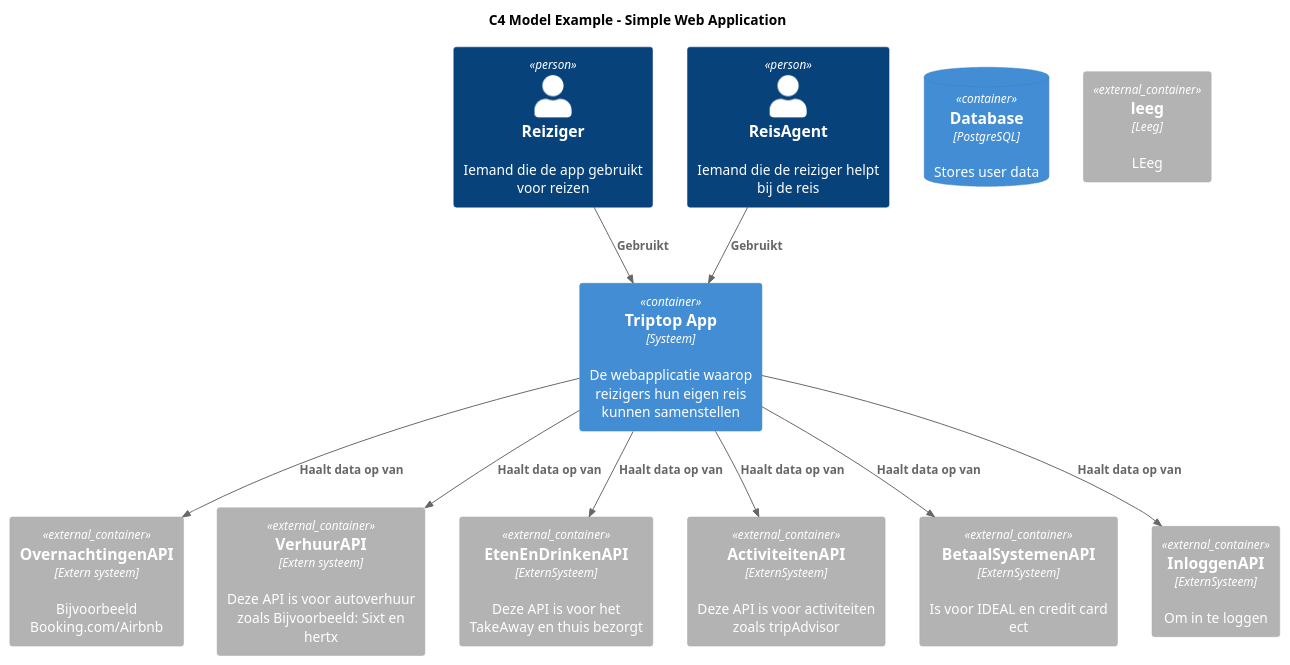
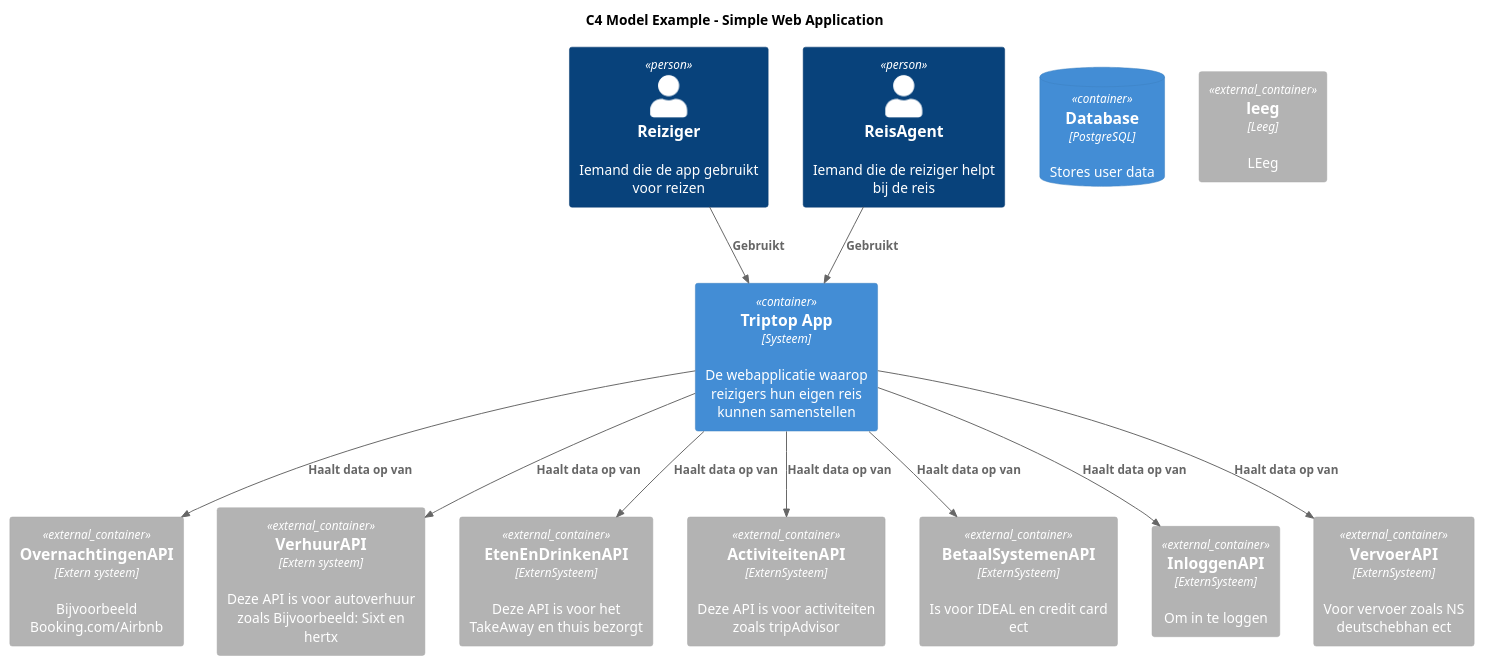
The diagram in diagrammen-met-de-boys/C4.puml (AIM-ENE-feb25/triptop-peak-performers-groep-1), drawn with PlantUML before and after one commit.

Commit message:
Update C4.puml
Added external systems

```diff
--- a/diagrammen-met-de-boys/C4.puml
+++ b/diagrammen-met-de-boys/C4.puml
@@ -1,32 +1,34 @@
 @startuml
 !include <C4/C4_Container>
 
 title C4 Model Example - Simple Web Application
 
 Person(Reiziger, "Reiziger", "Iemand die de app gebruikt voor reizen")
 Person(ReisAgent, "ReisAgent", "Iemand die de reiziger helpt bij de reis")
 
 
 Container(system, "Triptop App", "Systeem", "De webapplicatie waarop reizigers hun eigen reis kunnen samenstellen")
 ContainerDb(db, "Database", "PostgreSQL", "Stores user data")
 Container_Ext("OvernachtingenAPI", "OvernachtingenAPI", "Extern systeem","Bijvoorbeeld Booking.com/Airbnb")
 Container_Ext(VerhuurAPI, "VerhuurAPI", "Extern systeem","Deze API is voor autoverhuur zoals Bijvoorbeeld: Sixt en hertx")
 Container_Ext(EtenEnDrinkenAPI, "EtenEnDrinkenAPI", "ExternSysteem","Deze API is voor het TakeAway en thuis bezorgt")
 Container_Ext(ActiviteitenAPI, "ActiviteitenAPI", "ExternSysteem","Deze API is voor activiteiten zoals tripAdvisor")
 Container_Ext(BetaalSystemenAPI, "BetaalSystemenAPI", "ExternSysteem","Is voor IDEAL en credit card ect")
 Container_Ext(InloggenAPI, "InloggenAPI", "ExternSysteem","Om in te loggen")
+Container_Ext(VervoerAPI, "VervoerAPI", "ExternSysteem","Voor vervoer zoals NS deutschebhan ect")
 
 Container_Ext(Leeg, "leeg", "Leeg","LEeg")
 
 Rel(Reiziger,system, "Gebruikt")
 Rel("ReisAgent",system, "Gebruikt")
 Rel(system,OvernachtingenAPI,"Haalt data op van")
 Rel(system,"VerhuurAPI","Haalt data op van" )
 Rel(system,"EtenEnDrinkenAPI","Haalt data op van" )
 Rel(system,"ActiviteitenAPI","Haalt data op van" )
 Rel(system,"BetaalSystemenAPI","Haalt data op van" )
 Rel(system,"InloggenAPI","Haalt data op van" )
+Rel(system,"VervoerAPI","Haalt data op van" )
 
 
 
 @enduml
```
